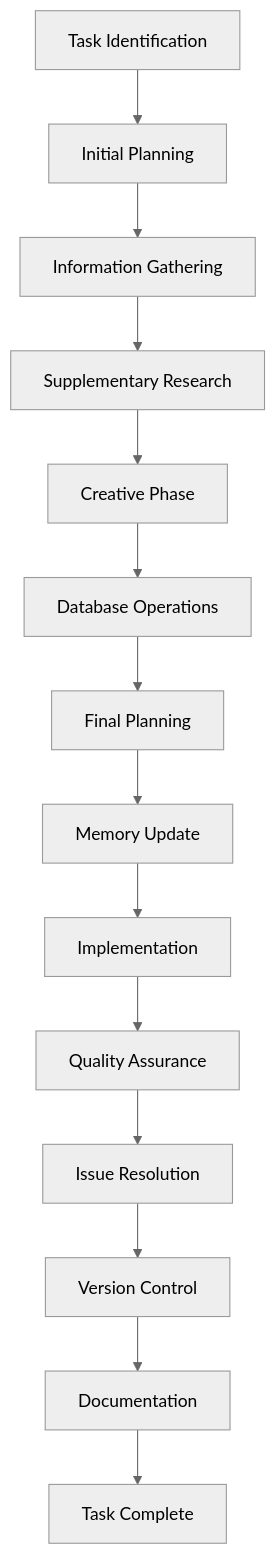
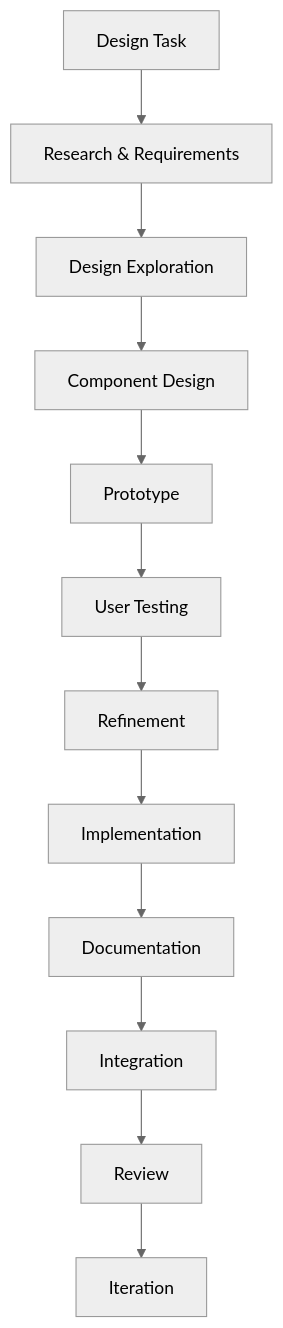
One commit to ishwar-chandra/llm-profiles-prompts changed the seventh of 8 diagrams in memorybank.md. Above: the diagram before and after it, drawn with Mermaid (neutral theme). The commit also changed other lines of this file, not shown here.

````diff
--- a/memorybank.md
+++ b/memorybank.md
@@ -203,16 +188,14 @@
 ```mermaid
 flowchart TD
-    Start[Task Identification] --> Planning[Initial Planning]
-    Planning --> Info[Information Gathering]
-    Info --> Research[Supplementary Research]
-    Research --> Creative[Creative Phase]
-    Creative --> DB[Database Operations]
-    DB --> FinalPlan[Final Planning]
-    FinalPlan --> Memory[Memory Update]
-    Memory --> Implement[Implementation]
-    Implement --> QA[Quality Assurance]
-    QA --> Issues[Issue Resolution]
-    Issues --> VC[Version Control]
-    VC --> Doc[Documentation]
-    Doc --> Complete[Task Complete]
+    Start[Design Task] --> Research[Research & Requirements]
+    Research --> Explore[Design Exploration]
+    Explore --> Component[Component Design]
+    Component --> Prototype[Prototype]
+    Prototype --> Test[User Testing]
+    Test --> Refine[Refinement]
+    Refine --> Implement[Implementation]
+    Implement --> Document[Documentation]
+    Document --> Integrate[Integration]
+    Integrate --> Review[Review]
+    Review --> Iterate[Iteration]
 ```
````
